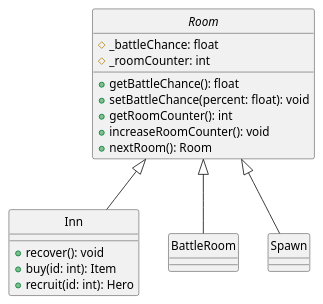
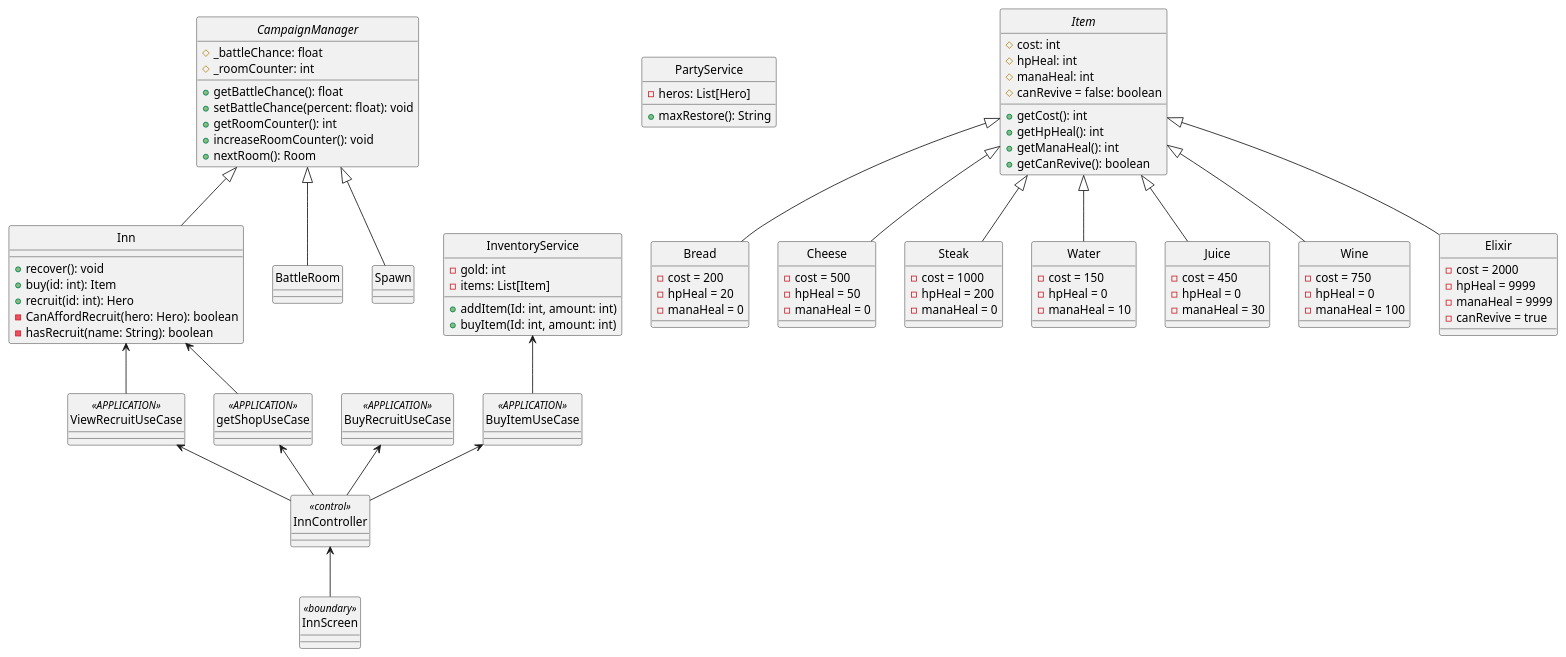
Before and after one commit to JosefG50/2203-Legends-of-Sword-and-Wand: the diagram in rpg-legends/docs/uml/services/campaign-progression/class/inn.puml, drawn with PlantUML. The commit also changed 2 other files, not shown here.

Commit message:
[feat] intial creation of class uml

```diff
--- a/rpg-legends/docs/uml/services/campaign-progression/class/inn.puml
+++ b/rpg-legends/docs/uml/services/campaign-progression/class/inn.puml
@@ -1,31 +1,129 @@
-@startuml Intereact with Inn
+@startuml CampaignManager
 skinparam Style strictuml
 skinparam SequenceMessageAlignment center
 
 
 
-abstract class Room{
+abstract class CampaignManager{
     #_battleChance: float 
     #_roomCounter: int
     + getBattleChance(): float
     + setBattleChance(percent: float): void
     + getRoomCounter(): int
     + increaseRoomCounter(): void
     + nextRoom(): Room
 } 
 class Inn {
-
-    +recover(): void
-    +buy(id: int): Item
-    +recruit(id: int): Hero
+    + recover(): void
+    + buy(id: int): Item
+    + recruit(id: int): Hero
+    - CanAffordRecruit(hero: Hero): boolean
+    - hasRecruit(name: String): boolean
 }
 class BattleRoom{
 }
 class Spawn{
+}
+class PartyService{
+    - heros: List[Hero]
+    + maxRestore(): String
+}
+class InnScreen <<boundary>>{
+
+}
+class InnController <<control>> {
+
+}
+class BuyRecruitUseCase <<APPLICATION>> {
+
+}
+class ViewRecruitUseCase <<APPLICATION>>{
+
+}
+class BuyItemUseCase <<APPLICATION>>{
+
+}
+class getShopUseCase <<APPLICATION>>{
 
 }
 
-Room <|-- Inn
-Room <|-- BattleRoom
-Room <|-- Spawn
+abstract class Item{
+    # cost: int
+    # hpHeal: int
+    # manaHeal: int
+    # canRevive = false: boolean
+    + getCost(): int
+    + getHpHeal(): int
+    + getManaHeal(): int
+    + getCanRevive(): boolean
+}
+class Bread{
+    - cost = 200
+    - hpHeal = 20
+    - manaHeal = 0
+}
+class Cheese{
+    - cost = 500
+    - hpHeal = 50
+    - manaHeal = 0
+}
+class Steak{
+    - cost = 1000
+    - hpHeal = 200
+    - manaHeal = 0
+}
+class Water{
+    - cost = 150
+    - hpHeal = 0
+    - manaHeal = 10   
+}
+class Juice{
+    - cost = 450
+    - hpHeal = 0
+    - manaHeal = 30
+}
+class Wine{
+    - cost = 750
+    - hpHeal = 0
+    - manaHeal = 100
+}
+class Elixir{
+    - cost = 2000
+    - hpHeal = 9999
+    - manaHeal = 9999
+    - canRevive = true    
+}
+
+Item <|-- Bread
+Item <|-- Cheese
+Item <|-- Steak
+Item <|-- Water
+Item <|-- Juice
+Item <|-- Wine
+Item <|-- Elixir
+
+class InventoryService{
+    - gold: int
+    - items: List[Item]
+    + addItem(Id: int, amount: int)
+    + buyItem(Id: int, amount: int)
+
+}
+CampaignManager <|-- Inn
+CampaignManager <|-- BattleRoom
+CampaignManager <|-- Spawn
+
+Inn <-- getShopUseCase
+InventoryService <-- BuyItemUseCase
+Inn <-- ViewRecruitUseCase
+
+BuyRecruitUseCase <-- InnController
+ViewRecruitUseCase <-- InnController
+BuyItemUseCase <-- InnController
+getShopUseCase <-- InnController
+
+InnController <-- InnScreen
+
+
+
 @enduml
```
